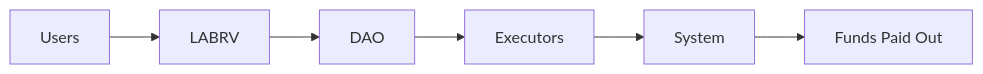
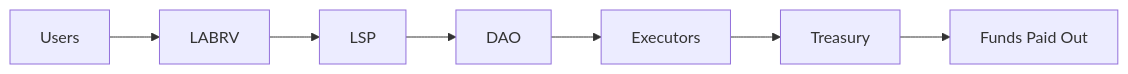
The diagram in README.md (LaborCoinCreator/LaborCoin), drawn with Mermaid before and after one commit. The commit also changed other lines of this file, not shown here.

````diff
--- a/README.md
+++ b/README.md
@@ -3,5 +5,9 @@
 ```mermaid
 flowchart LR
-    Users --> LABRV --> DAO --> Executors --> System
-    System --> Funds["Funds Paid Out"]
+    Users --> LABRV
+    LABRV --> LSP
+    LSP --> DAO
+    DAO --> Executors
+    Executors --> Treasury
+    Treasury --> Funds["Funds Paid Out"]
 ```
````
